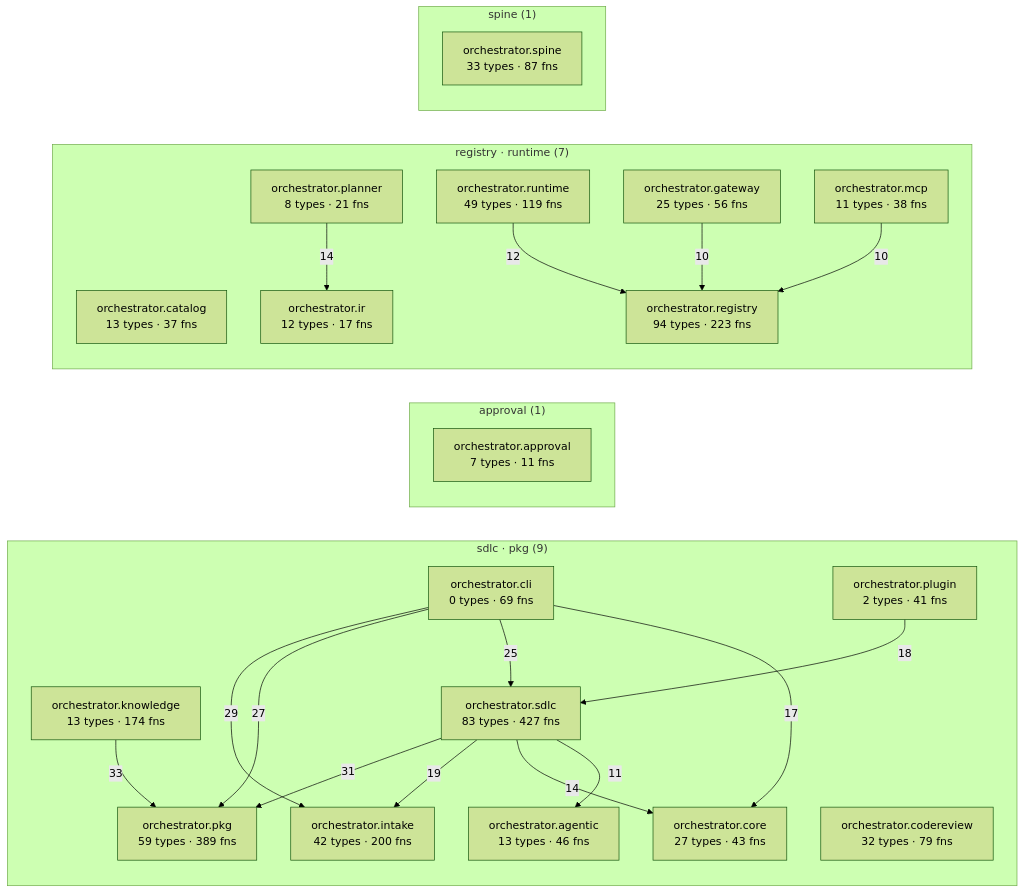
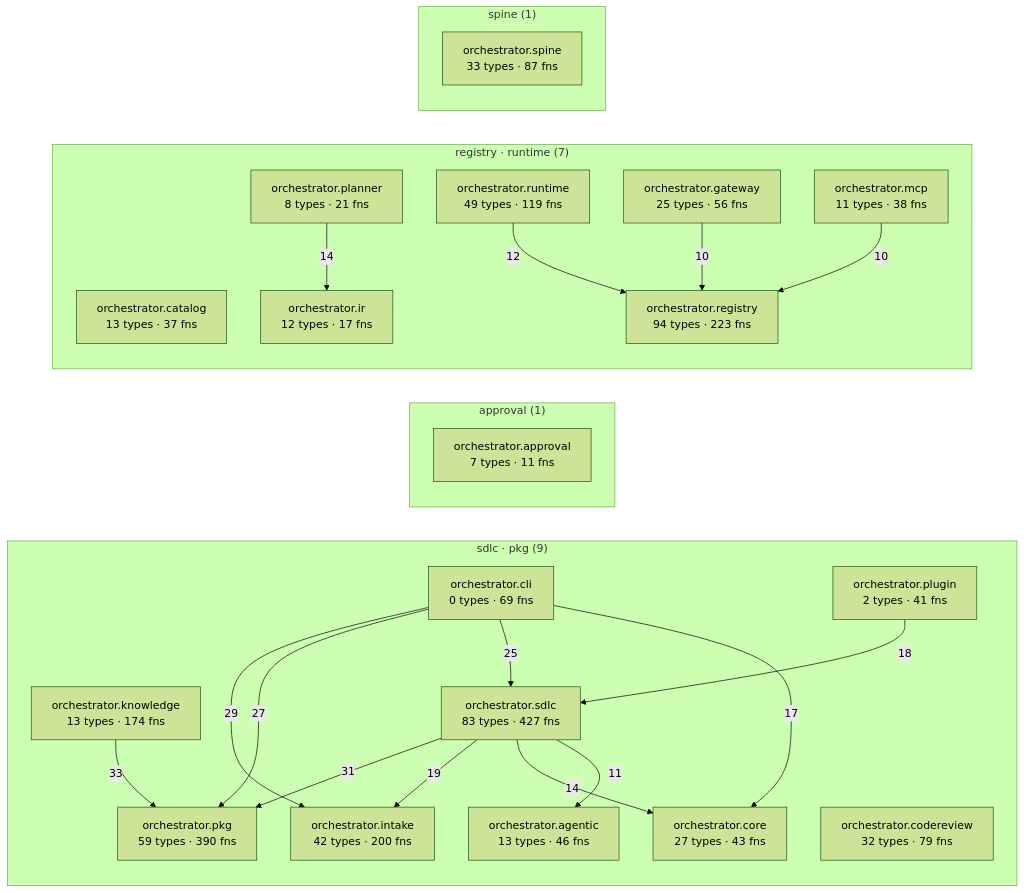
Before and after one commit to synaptixs/spine: the diagram in episteme/architecture.md, drawn with Mermaid (forest theme). The commit also changed other lines of this file and 9 other files, not shown here.

````diff
--- a/episteme/architecture.md
+++ b/episteme/architecture.md
@@ -54,43 +54,43 @@
 ```mermaid
 flowchart LR
   subgraph c_1["sdlc · pkg (9)"]
     aorchestratoragentic["orchestrator.agentic<br/>13 types · 46 fns"]
     aorchestratorcli["orchestrator.cli<br/>0 types · 69 fns"]
     aorchestratorcodereview["orchestrator.codereview<br/>32 types · 79 fns"]
     aorchestratorcore["orchestrator.core<br/>27 types · 43 fns"]
     aorchestratorintake["orchestrator.intake<br/>42 types · 200 fns"]
     aorchestratorknowledge["orchestrator.knowledge<br/>13 types · 174 fns"]
-    aorchestratorpkg["orchestrator.pkg<br/>59 types · 389 fns"]
+    aorchestratorpkg["orchestrator.pkg<br/>59 types · 390 fns"]
     aorchestratorplugin["orchestrator.plugin<br/>2 types · 41 fns"]
     aorchestratorsdlc["orchestrator.sdlc<br/>83 types · 427 fns"]
   end
   subgraph c_2["approval (1)"]
     aorchestratorapproval["orchestrator.approval<br/>7 types · 11 fns"]
   end
   subgraph c_3["registry · runtime (7)"]
     aorchestratorcatalog["orchestrator.catalog<br/>13 types · 37 fns"]
     aorchestratorgateway["orchestrator.gateway<br/>25 types · 56 fns"]
     aorchestratorir["orchestrator.ir<br/>12 types · 17 fns"]
     aorchestratormcp["orchestrator.mcp<br/>11 types · 38 fns"]
     aorchestratorplanner["orchestrator.planner<br/>8 types · 21 fns"]
     aorchestratorregistry["orchestrator.registry<br/>94 types · 223 fns"]
     aorchestratorruntime["orchestrator.runtime<br/>49 types · 119 fns"]
   end
   subgraph c_10["spine (1)"]
     aorchestratorspine["orchestrator.spine<br/>33 types · 87 fns"]
   end
   aorchestratorknowledge -->|33| aorchestratorpkg
   aorchestratorsdlc -->|31| aorchestratorpkg
   aorchestratorcli -->|29| aorchestratorintake
   aorchestratorcli -->|27| aorchestratorpkg
   aorchestratorcli -->|25| aorchestratorsdlc
   aorchestratorsdlc -->|19| aorchestratorintake
   aorchestratorplugin -->|18| aorchestratorsdlc
   aorchestratorcli -->|17| aorchestratorcore
   aorchestratorplanner -->|14| aorchestratorir
   aorchestratorsdlc -->|14| aorchestratorcore
   aorchestratorruntime -->|12| aorchestratorregistry
   aorchestratorsdlc -->|11| aorchestratoragentic
   aorchestratorgateway -->|10| aorchestratorregistry
   aorchestratormcp -->|10| aorchestratorregistry
 ```
````
